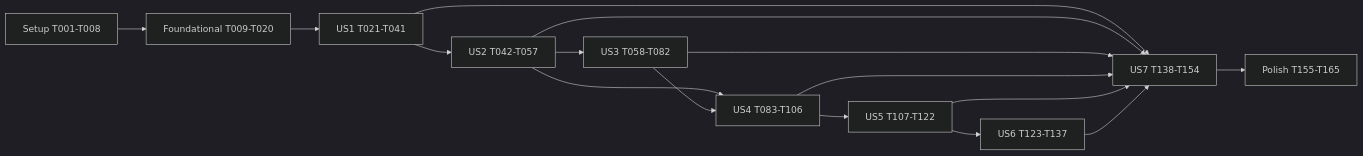
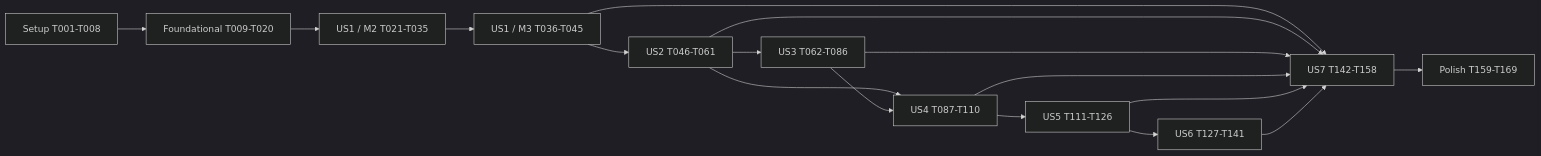
Before and after one commit to ywyz/child-manager: the diagram in specs/001-daily-activity-plan/tasks.md, drawn with Mermaid (dark theme). The commit also changed other lines of this file and 10 other files, not shown here.

````diff
--- a/specs/001-daily-activity-plan/tasks.md
+++ b/specs/001-daily-activity-plan/tasks.md
@@ -376,18 +402,19 @@
 ```mermaid
 flowchart LR
     S[Setup T001-T008] --> F[Foundational T009-T020]
-    F --> U1[US1 T021-T041]
-    U1 --> U2[US2 T042-T057]
-    U2 --> U3[US3 T058-T082]
-    U2 --> U4[US4 T083-T106]
+    F --> M2[US1 / M2 T021-T035]
+    M2 --> M3[US1 / M3 T036-T045]
+    M3 --> U2[US2 T046-T061]
+    U2 --> U3[US3 T062-T086]
+    U2 --> U4[US4 T087-T110]
     U3 --> U4
-    U4 --> U5[US5 T107-T122]
-    U5 --> U6[US6 T123-T137]
-    U1 --> U7[US7 T138-T154]
+    U4 --> U5[US5 T111-T126]
+    U5 --> U6[US6 T127-T141]
+    M3 --> U7[US7 T142-T158]
     U2 --> U7
     U3 --> U7
     U4 --> U7
     U5 --> U7
     U6 --> U7
-    U7 --> P[Polish T155-T165]
+    U7 --> P[Polish T159-T169]
 ```
````
